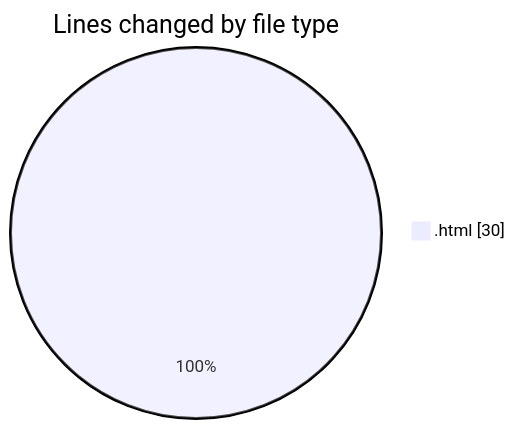
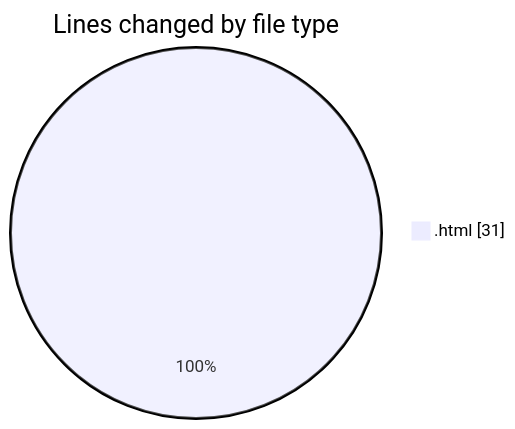
One commit to nxtqubesakshisongat/code-tracking changed the first of 2 diagrams in 2025-10-24/javacript/README.md. Above: the diagram before and after it, drawn with Mermaid. The commit also changed other lines of this file and 1 other file, not shown here.

````diff
--- a/2025-10-24/javacript/README.md
+++ b/2025-10-24/javacript/README.md
@@ -20,5 +20,5 @@
 ```mermaid
 pie showData
 title Lines changed by file type
-".html" : 30
+".html" : 31
 ```
````
